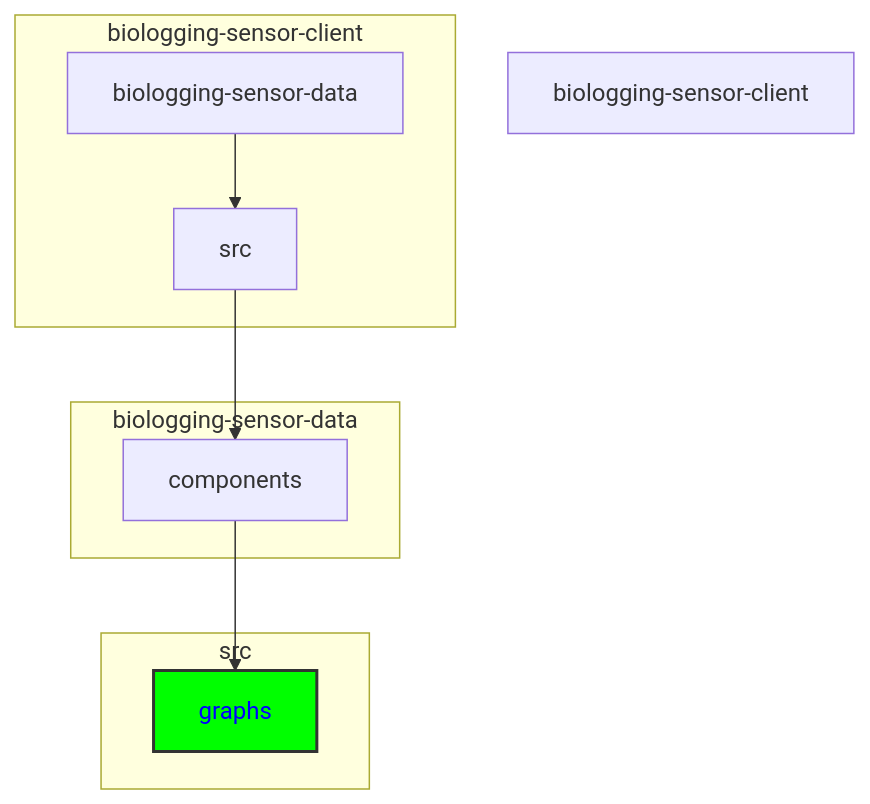
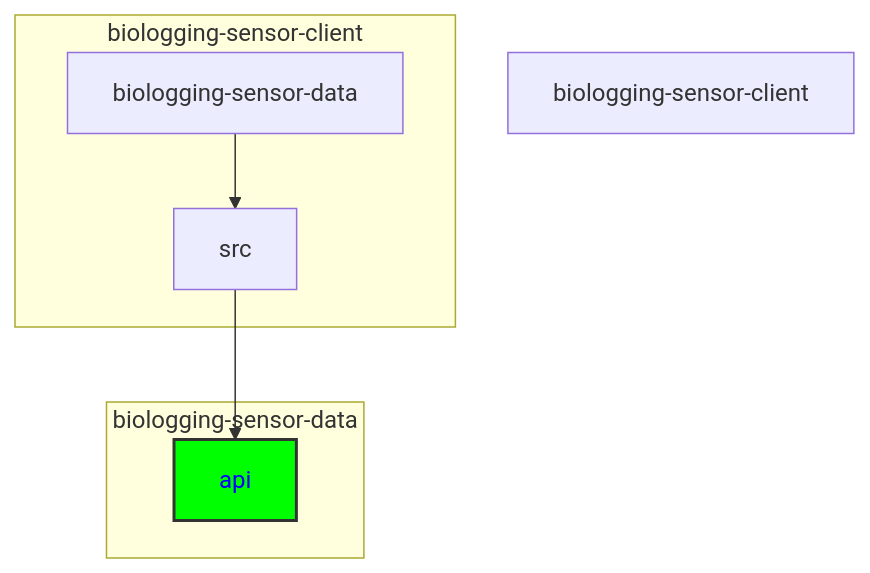
The diagram in draft-delete.md (Khosiyat/Algorithms), drawn with Mermaid before and after one commit.

````diff
--- a/draft-delete.md
+++ b/draft-delete.md
@@ -1,21 +1,17 @@
 ```mermaid
 graph TD
     A["biologging-sensor-client"] 
     B["biologging-sensor-data"]
     C["src"]
-    D["components"]
-    E["<span style='color:blue'>graphs</span>"]
+    D["<span style='color:blue'>api</span>"]
 
     subgraph biologging-sensor-client
         B --> C
     end
     subgraph biologging-sensor-data
         C --> D
     end
-    subgraph src
-        D --> E
-    end
 
-    style E fill:#0f0,stroke:#333,stroke-width:2px;
+    style D fill:#0f0,stroke:#333,stroke-width:2px;
 
 ```
````
